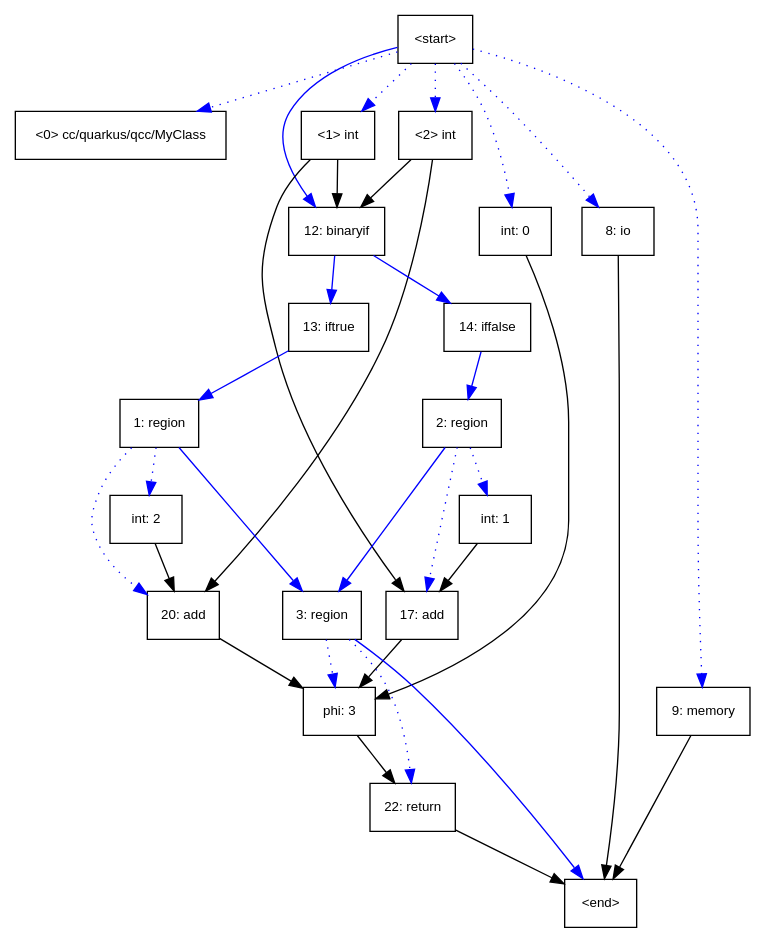
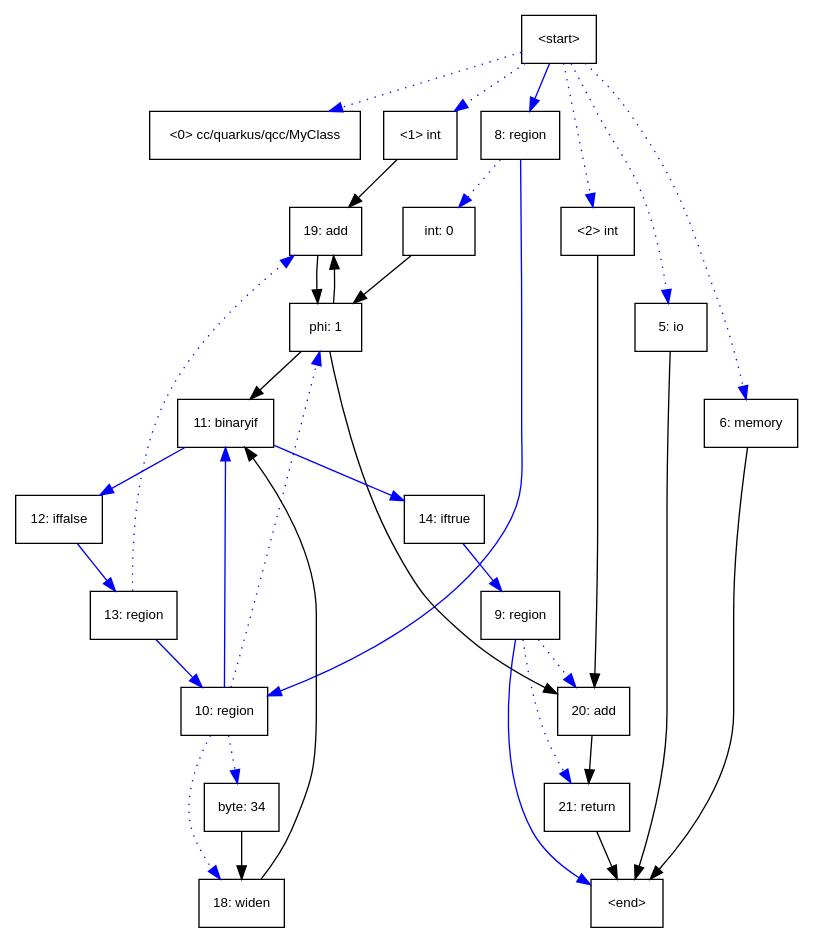
Before and after one commit to qbicc/qbicc: the diagram in compiler/graph.dot, drawn with Graphviz. The commit also changed 7 other files, not shown here.

```diff
--- a/compiler/graph.dot
+++ b/compiler/graph.dot
@@ -1,58 +1,60 @@
 digraph thegraph {
   graph [fontname = "helvetica",fontsize=10,ordering=in,outputorder=depthfirst];
   node [fontname = "helvetica",fontsize=10,ordering=in];
   edge [fontname = "helvetica",fontsize=10];
-4 [label="<start>",shape=box,style="normal"];
-4 -> 5 [color=blue,style=dotted];
-4 -> 6 [color=blue,style=dotted];
-4 -> 7 [color=blue,style=dotted];
-4 -> 8 [color=blue,style=dotted];
-4 -> 9 [color=blue,style=dotted];
-4 -> 11 [color=blue,style=dotted];
-4 -> 12 [color=blue,style=solid];
-5 [label="<0> cc/quarkus/qcc/MyClass",shape=box,style="normal"];
-6 [label="<1> int",shape=box,style="normal"];
-6 -> 12 [color=black,style=solid];
-6 -> 17 [color=black,style=solid];
-12 [label="12: binaryif",shape=box,style="normal"];
+1 [label="<start>",shape=box,style="normal"];
+1 -> 2 [color=blue,style=dotted];
+1 -> 3 [color=blue,style=dotted];
+1 -> 4 [color=blue,style=dotted];
+1 -> 5 [color=blue,style=dotted];
+1 -> 6 [color=blue,style=dotted];
+1 -> 8 [color=blue,style=solid];
+2 [label="<0> cc/quarkus/qcc/MyClass",shape=box,style="normal"];
+3 [label="<1> int",shape=box,style="normal"];
+3 -> 19 [color=black,style=solid];
+19 [label="19: add",shape=box,style="normal"];
+19 -> 15 [color=black,style=solid];
+15 [label="phi: 1",shape=box,style="normal"];
+15 -> 11 [color=black,style=solid];
+15 -> 19 [color=black,style=solid];
+15 -> 20 [color=black,style=solid];
+11 [label="11: binaryif",shape=box,style="normal"];
+11 -> 12 [color=blue,style=solid];
+11 -> 14 [color=blue,style=solid];
+12 [label="12: iffalse",shape=box,style="normal"];
 12 -> 13 [color=blue,style=solid];
-12 -> 14 [color=blue,style=solid];
-13 [label="13: iftrue",shape=box,style="normal"];
-13 -> 1 [color=blue,style=solid];
-1 [label="1: region",shape=box,style="normal"];
-1 -> 18 [color=blue,style=dotted];
-1 -> 20 [color=blue,style=dotted];
-1 -> 3 [color=blue,style=solid];
-18 [label="int: 2",shape=box,style="normal"];
-18 -> 20 [color=black,style=solid];
+13 [label="13: region",shape=box,style="normal"];
+13 -> 10 [color=blue,style=solid];
+13 -> 19 [color=blue,style=dotted];
+10 [label="10: region",shape=box,style="normal"];
+10 -> 11 [color=blue,style=solid];
+10 -> 15 [color=blue,style=dotted];
+10 -> 17 [color=blue,style=dotted];
+10 -> 18 [color=blue,style=dotted];
+17 [label="byte: 34",shape=box,style="normal"];
+17 -> 18 [color=black,style=solid];
+18 [label="18: widen",shape=box,style="normal"];
+18 -> 11 [color=black,style=solid];
+14 [label="14: iftrue",shape=box,style="normal"];
+14 -> 9 [color=blue,style=solid];
+9 [label="9: region",shape=box,style="normal"];
+9 -> 7 [color=blue,style=solid];
+9 -> 20 [color=blue,style=dotted];
+9 -> 21 [color=blue,style=dotted];
+7 [label="<end>",shape=box,style="normal"];
 20 [label="20: add",shape=box,style="normal"];
 20 -> 21 [color=black,style=solid];
-21 [label="phi: 3",shape=box,style="normal"];
-21 -> 22 [color=black,style=solid];
-22 [label="22: return",shape=box,style="normal"];
-22 -> 10 [color=black,style=solid];
-10 [label="<end>",shape=box,style="normal"];
-3 [label="3: region",shape=box,style="normal"];
-3 -> 21 [color=blue,style=dotted];
-3 -> 22 [color=blue,style=dotted];
-3 -> 10 [color=blue,style=solid];
-14 [label="14: iffalse",shape=box,style="normal"];
-14 -> 2 [color=blue,style=solid];
-2 [label="2: region",shape=box,style="normal"];
-2 -> 15 [color=blue,style=dotted];
-2 -> 17 [color=blue,style=dotted];
-2 -> 3 [color=blue,style=solid];
-15 [label="int: 1",shape=box,style="normal"];
-15 -> 17 [color=black,style=solid];
-17 [label="17: add",shape=box,style="normal"];
-17 -> 21 [color=black,style=solid];
-7 [label="<2> int",shape=box,style="normal"];
-7 -> 12 [color=black,style=solid];
-7 -> 20 [color=black,style=solid];
-8 [label="8: io",shape=box,style="normal"];
-8 -> 10 [color=black,style=solid];
-9 [label="9: memory",shape=box,style="normal"];
-9 -> 10 [color=black,style=solid];
-11 [label="int: 0",shape=box,style="normal"];
-11 -> 21 [color=black,style=solid];
+21 [label="21: return",shape=box,style="normal"];
+21 -> 7 [color=black,style=solid];
+4 [label="<2> int",shape=box,style="normal"];
+4 -> 20 [color=black,style=solid];
+5 [label="5: io",shape=box,style="normal"];
+5 -> 7 [color=black,style=solid];
+6 [label="6: memory",shape=box,style="normal"];
+6 -> 7 [color=black,style=solid];
+8 [label="8: region",shape=box,style="normal"];
+8 -> 10 [color=blue,style=solid];
+8 -> 16 [color=blue,style=dotted];
+16 [label="int: 0",shape=box,style="normal"];
+16 -> 15 [color=black,style=solid];
 }
```
